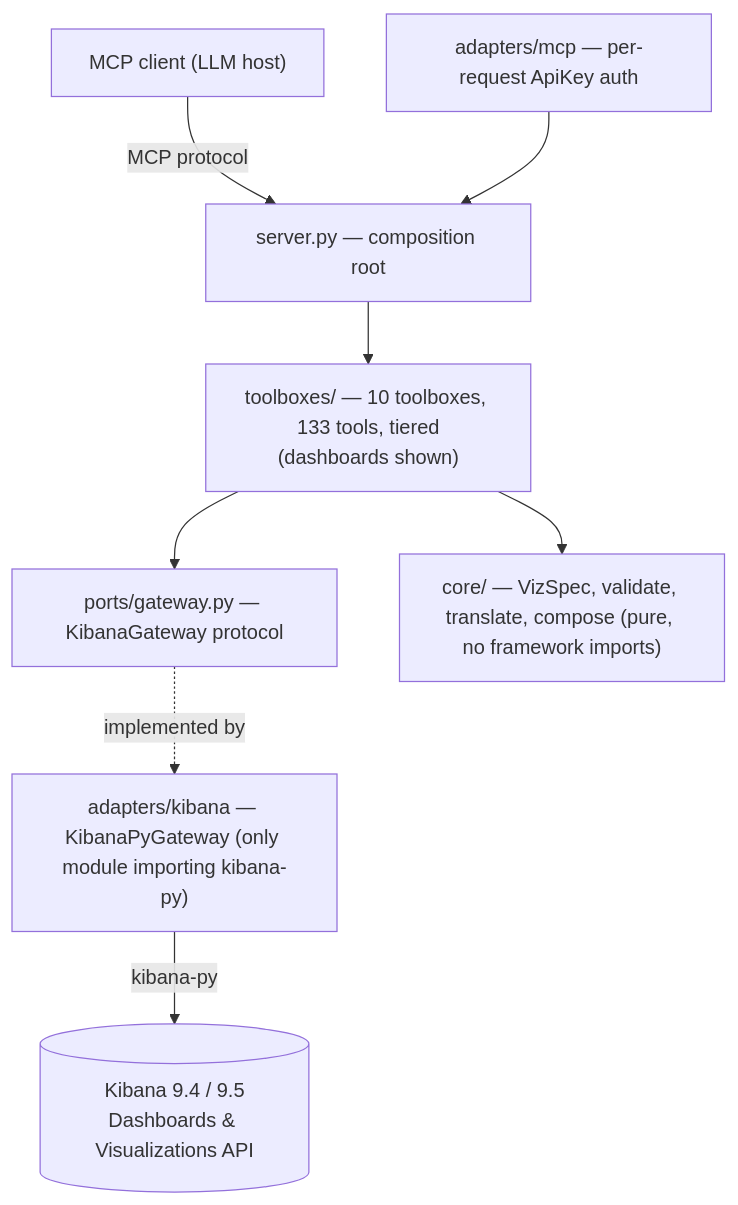
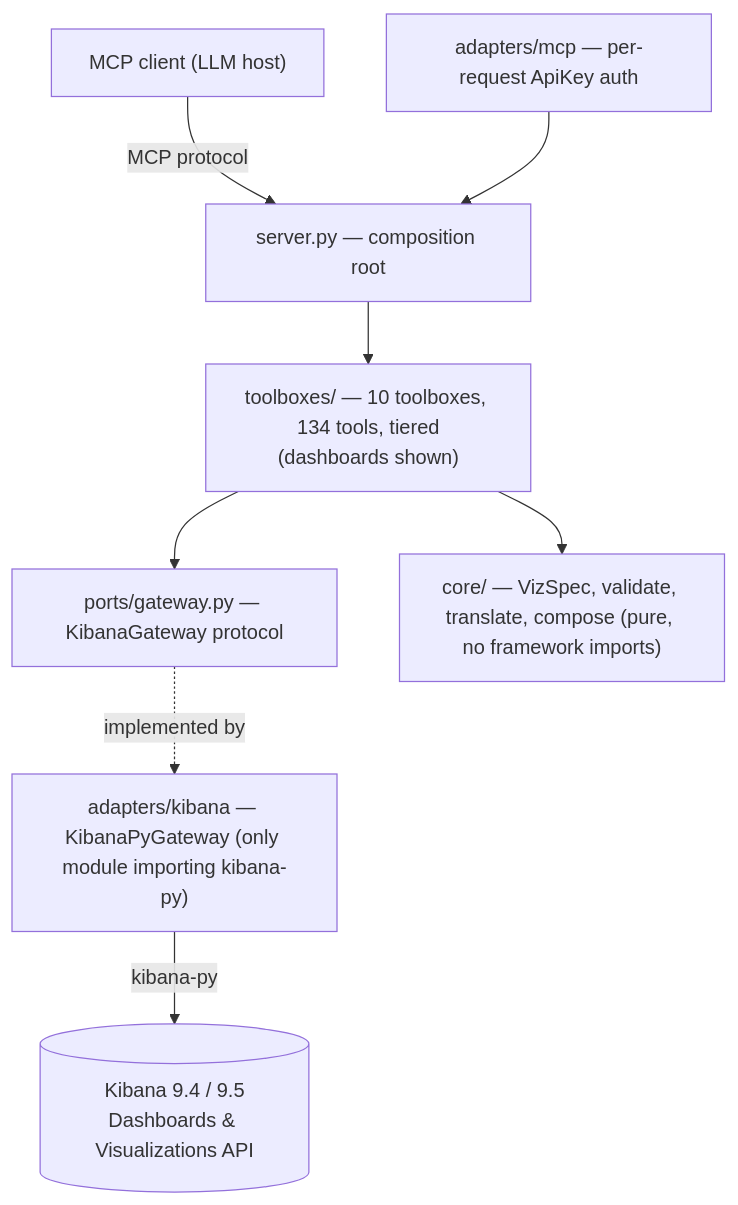
The second of 4 diagrams in docs/architecture.md (pedro-angel/mcp-for-kibana), drawn with Mermaid before and after one commit. The commit also changed other lines of this file and 17 other files, not shown here.

````diff
--- a/docs/architecture.md
+++ b/docs/architecture.md
@@ -47,10 +47,10 @@
 ```mermaid
 flowchart TD
     Client["MCP client (LLM host)"] -->|MCP protocol| Server
     AuthAdapter["adapters/mcp — per-request ApiKey auth"] --> Server
-    Server["server.py — composition root"] --> Toolboxes["toolboxes/ — 10 toolboxes, 133 tools, tiered<br/>(dashboards shown)"]
+    Server["server.py — composition root"] --> Toolboxes["toolboxes/ — 10 toolboxes, 134 tools, tiered<br/>(dashboards shown)"]
     Toolboxes --> Ports["ports/gateway.py — KibanaGateway protocol"]
     Toolboxes --> Core["core/ — VizSpec, validate, translate, compose (pure, no framework imports)"]
     Ports -. implemented by .-> KibanaAdapter["adapters/kibana — KibanaPyGateway (only module importing kibana-py)"]
     KibanaAdapter -->|kibana-py| Kibana[("Kibana 9.4 / 9.5\nDashboards & Visualizations API")]
 ```
````
